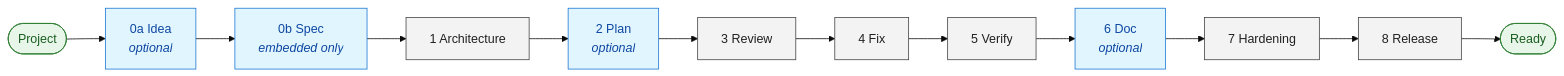
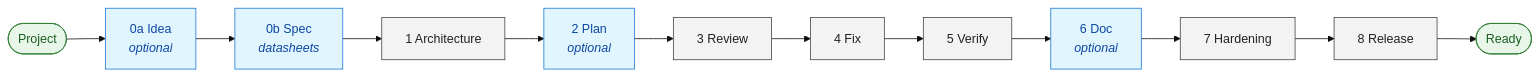
Before and after one commit to fozzfut/swarm-suite: the diagram in README.md, drawn with Mermaid (base theme). The commit also changed other lines of this file and 4 other files, not shown here.

````diff
--- a/README.md
+++ b/README.md
@@ -172,24 +178,24 @@
 ```mermaid
 flowchart LR
     Start([Project])
     Idea["0a Idea<br/><i>optional</i>"]
-    Spec["0b Spec<br/><i>embedded only</i>"]
+    Spec["0b Spec<br/><i>datasheets</i>"]
     Arch["1 Architecture"]
     Plan["2 Plan<br/><i>optional</i>"]
     Review["3 Review"]
     Fix["4 Fix"]
     Verify["5 Verify"]
     Doc["6 Doc<br/><i>optional</i>"]
     Hard["7 Hardening"]
     Release["8 Release"]
     End([Ready])
 
     Start --> Idea --> Spec --> Arch --> Plan --> Review --> Fix --> Verify --> Doc --> Hard --> Release --> End
 
     classDef optional fill:#e1f5ff,stroke:#1976d2,color:#0d47a1
     classDef required fill:#f3f3f3,stroke:#424242,color:#212121
     classDef terminal fill:#e8f5e9,stroke:#2e7d32,color:#1b5e20
     class Idea,Spec,Plan,Doc optional
     class Arch,Review,Fix,Verify,Hard,Release required
     class Start,End terminal
 ```
````
